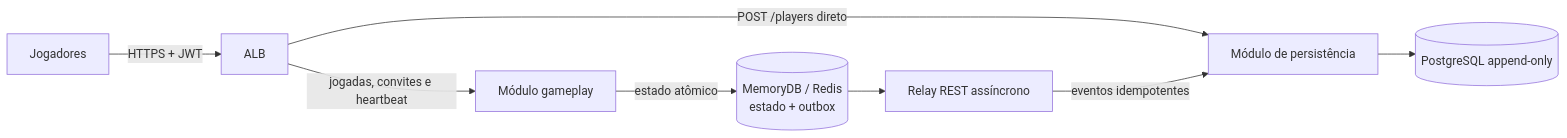
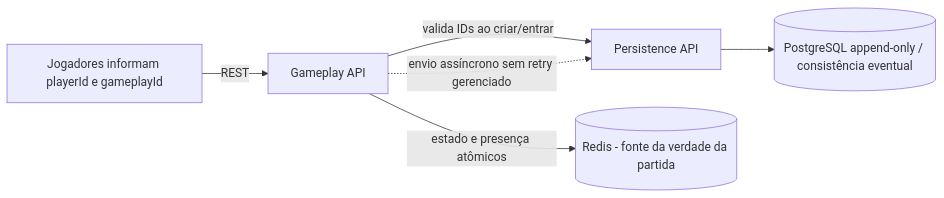
Before and after one commit to rcoelho6/senha-the-guess: the diagram in backend/mvp/arquitetura-mvp-final.md, drawn with Mermaid. The commit also changed other lines of this file and 3 other files, not shown here.

````diff
--- a/backend/mvp/arquitetura-mvp-final.md
+++ b/backend/mvp/arquitetura-mvp-final.md
@@ -36,10 +34,8 @@
 ```mermaid
 flowchart LR
-    C[Jogadores] -->|HTTPS + JWT| A[ALB]
-    A -->|POST /players direto| P[Módulo de persistência]
-    A -->|jogadas, convites e heartbeat| G[Módulo gameplay]
-    G -->|estado atômico| R[(MemoryDB / Redis\nestado + outbox)]
-    R --> O[Relay REST assíncrono]
-    O -->|eventos idempotentes| P
-    P --> D[(PostgreSQL append-only)]
+    C["Jogadores informam playerId e gameplayId"] -->|REST| G[Gameplay API]
+    G -->|valida IDs ao criar/entrar| P[Persistence API]
+    G -->|estado e presença atômicos| R[(Redis - fonte da verdade da partida)]
+    G -.->|envio assíncrono sem retry gerenciado| P
+    P --> D[(PostgreSQL append-only / consistência eventual)]
 ```
````
